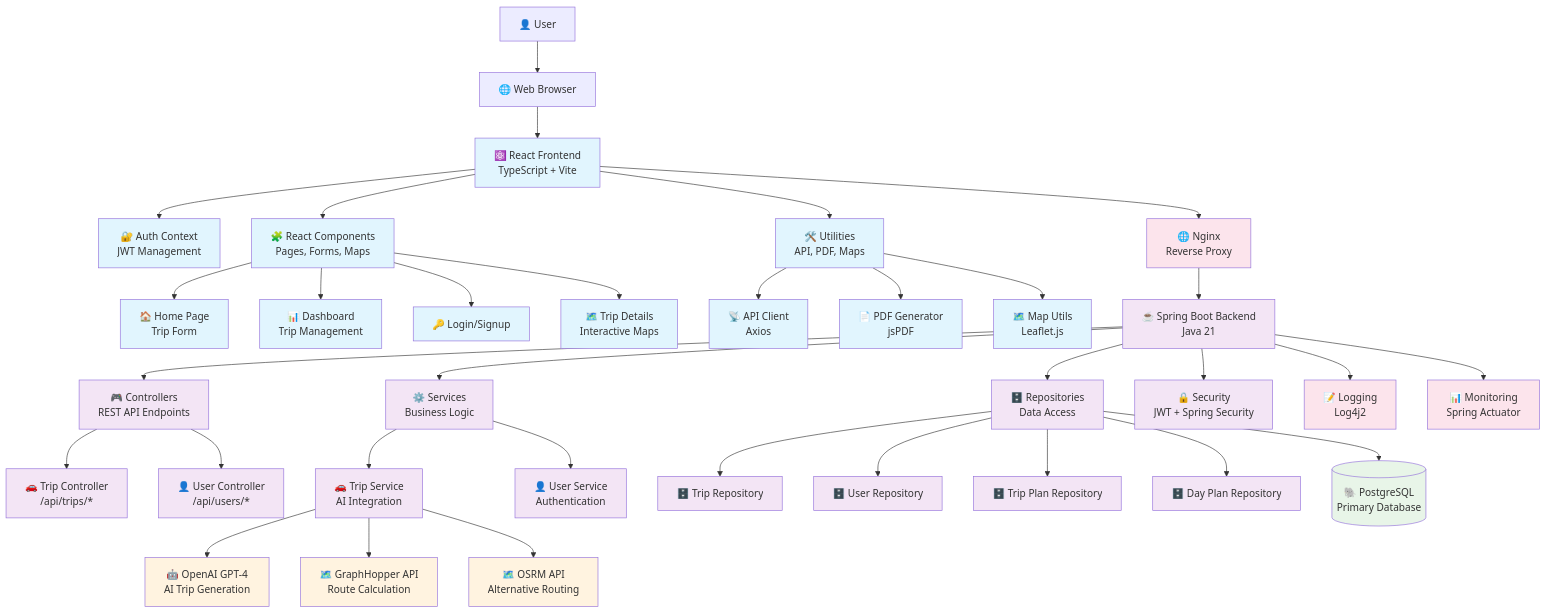
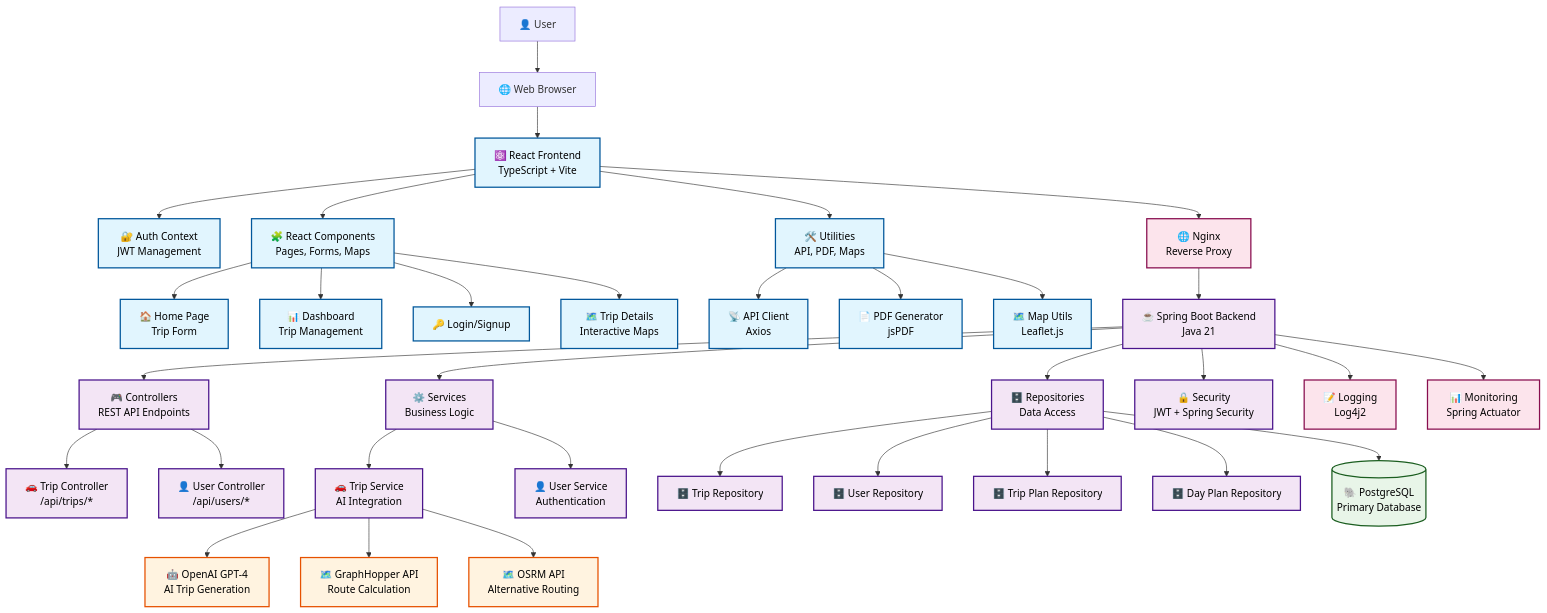
The first of 5 diagrams in SYSTEM_DIAGRAM.md (adendl/roadtrip-ai), drawn with Mermaid before and after one commit.

````diff
--- a/SYSTEM_DIAGRAM.md
+++ b/SYSTEM_DIAGRAM.md
@@ -8,69 +8,69 @@
 ```mermaid
 graph TB
     %% External Users
     User[👤 User] --> Browser[🌐 Web Browser]
     
     %% Frontend Layer
-    Browser --> Frontend[⚛️ React Frontend<br/>TypeScript + Vite]
-    Frontend --> AuthContext[🔐 Auth Context<br/>JWT Management]
-    Frontend --> Components[🧩 React Components<br/>Pages, Forms, Maps]
+    Browser --> Frontend["⚛️ React Frontend<br/>TypeScript + Vite"]
+    Frontend --> AuthContext["🔐 Auth Context<br/>JWT Management"]
+    Frontend --> Components["🧩 React Components<br/>Pages, Forms, Maps"]
     
     %% Frontend Components
-    Components --> HomePage[🏠 Home Page<br/>Trip Form]
-    Components --> Dashboard[📊 Dashboard<br/>Trip Management]
-    Components --> LoginPage[🔑 Login/Signup]
-    Components --> TripDetails[🗺️ Trip Details<br/>Interactive Maps]
+    Components --> HomePage["🏠 Home Page<br/>Trip Form"]
+    Components --> Dashboard["📊 Dashboard<br/>Trip Management"]
+    Components --> LoginPage["🔑 Login/Signup"]
+    Components --> TripDetails["🗺️ Trip Details<br/>Interactive Maps"]
     
     %% Frontend Utilities
-    Frontend --> Utils[🛠️ Utilities<br/>API, PDF, Maps]
-    Utils --> APIClient[📡 API Client<br/>Axios]
-    Utils --> PDFGenerator[📄 PDF Generator<br/>jsPDF]
-    Utils --> MapUtils[🗺️ Map Utils<br/>Leaflet.js]
+    Frontend --> Utils["🛠️ Utilities<br/>API, PDF, Maps"]
+    Utils --> APIClient["📡 API Client<br/>Axios"]
+    Utils --> PDFGenerator["📄 PDF Generator<br/>jsPDF"]
+    Utils --> MapUtils["🗺️ Map Utils<br/>Leaflet.js"]
     
     %% API Gateway/Load Balancer
-    Frontend --> Nginx[🌐 Nginx<br/>Reverse Proxy]
-    Nginx --> Backend[☕ Spring Boot Backend<br/>Java 21]
+    Frontend --> Nginx["🌐 Nginx<br/>Reverse Proxy"]
+    Nginx --> Backend["☕ Spring Boot Backend<br/>Java 21"]
     
     %% Backend Layer
-    Backend --> Controllers[🎮 Controllers<br/>REST API Endpoints]
-    Backend --> Services[⚙️ Services<br/>Business Logic]
-    Backend --> Repositories[🗄️ Repositories<br/>Data Access]
-    Backend --> Security[🔒 Security<br/>JWT + Spring Security]
+    Backend --> Controllers["🎮 Controllers<br/>REST API Endpoints"]
+    Backend --> Services["⚙️ Services<br/>Business Logic"]
+    Backend --> Repositories["🗄️ Repositories<br/>Data Access"]
+    Backend --> Security["🔒 Security<br/>JWT + Spring Security"]
     
     %% Backend Components
-    Controllers --> TripController[🚗 Trip Controller<br/>/api/trips/*]
-    Controllers --> UserController[👤 User Controller<br/>/api/users/*]
+    Controllers --> TripController["🚗 Trip Controller<br/>/api/trips/*"]
+    Controllers --> UserController["👤 User Controller<br/>/api/users/*"]
     
-    Services --> TripService[🚗 Trip Service<br/>AI Integration]
-    Services --> UserService[👤 User Service<br/>Authentication]
+    Services --> TripService["🚗 Trip Service<br/>AI Integration"]
+    Services --> UserService["👤 User Service<br/>Authentication"]
     
-    Repositories --> TripRepo[🗄️ Trip Repository]
-    Repositories --> UserRepo[🗄️ User Repository]
-    Repositories --> TripPlanRepo[🗄️ Trip Plan Repository]
-    Repositories --> DayPlanRepo[🗄️ Day Plan Repository]
+    Repositories --> TripRepo["🗄️ Trip Repository"]
+    Repositories --> UserRepo["🗄️ User Repository"]
+    Repositories --> TripPlanRepo["🗄️ Trip Plan Repository"]
+    Repositories --> DayPlanRepo["🗄️ Day Plan Repository"]
     
     %% Database Layer
-    Repositories --> Database[(🐘 PostgreSQL<br/>Primary Database)]
+    Repositories --> Database[("🐘 PostgreSQL<br/>Primary Database")]
     
     %% External APIs
-    TripService --> OpenAI[🤖 OpenAI GPT-4<br/>AI Trip Generation]
-    TripService --> GraphHopper[🗺️ GraphHopper API<br/>Route Calculation]
-    TripService --> OSRM[🗺️ OSRM API<br/>Alternative Routing]
+    TripService --> OpenAI["🤖 OpenAI GPT-4<br/>AI Trip Generation"]
+    TripService --> GraphHopper["🗺️ GraphHopper API<br/>Route Calculation"]
+    TripService --> OSRM["🗺️ OSRM API<br/>Alternative Routing"]
     
     %% Infrastructure
-    Backend --> Logging[📝 Logging<br/>Log4j2]
-    Backend --> Monitoring[📊 Monitoring<br/>Spring Actuator]
+    Backend --> Logging["📝 Logging<br/>Log4j2"]
+    Backend --> Monitoring["📊 Monitoring<br/>Spring Actuator"]
     
     %% Styling
-    classDef frontend fill:#e1f5fe
-    classDef backend fill:#f3e5f5
-    classDef database fill:#e8f5e8
-    classDef external fill:#fff3e0
-    classDef infrastructure fill:#fce4ec
+    classDef frontend fill:#e1f5fe,stroke:#01579b,stroke-width:2px,color:#000
+    classDef backend fill:#f3e5f5,stroke:#4a148c,stroke-width:2px,color:#000
+    classDef database fill:#e8f5e8,stroke:#1b5e20,stroke-width:2px,color:#000
+    classDef external fill:#fff3e0,stroke:#e65100,stroke-width:2px,color:#000
+    classDef infrastructure fill:#fce4ec,stroke:#880e4f,stroke-width:2px,color:#000
     
     class Frontend,AuthContext,Components,HomePage,Dashboard,LoginPage,TripDetails,Utils,APIClient,PDFGenerator,MapUtils frontend
     class Backend,Controllers,Services,Repositories,Security,TripController,UserController,TripService,UserService,TripRepo,UserRepo,TripPlanRepo,DayPlanRepo backend
     class Database database
     class OpenAI,GraphHopper,OSRM external
     class Nginx,Logging,Monitoring infrastructure
 ```
````
